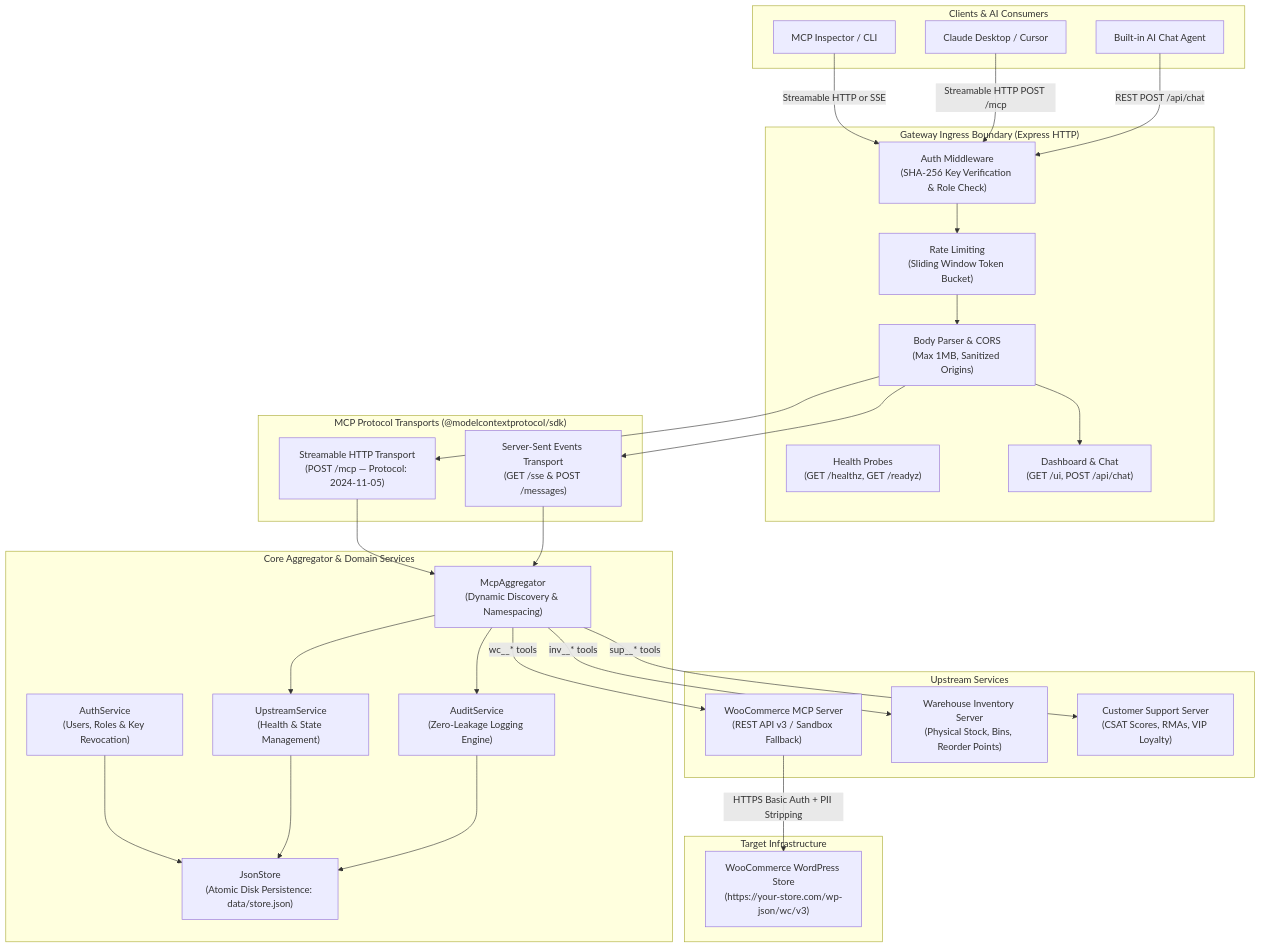
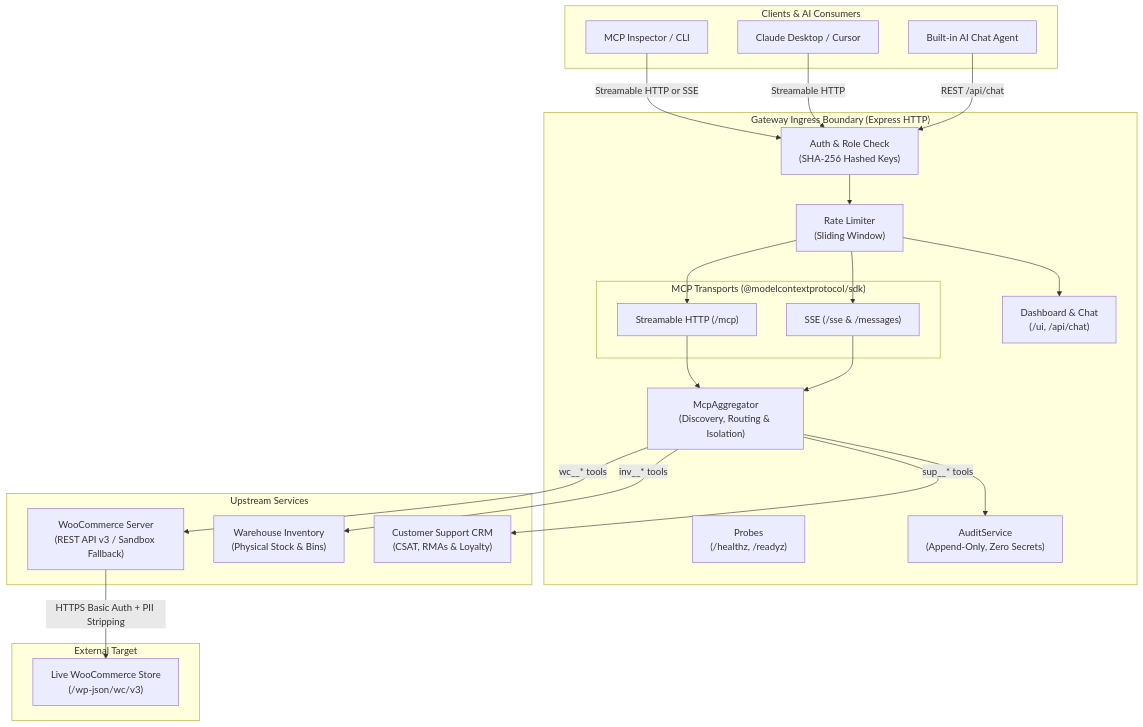
Before and after one commit to anusha975/woocommerce-mcp-gateway: the diagram in README.md, drawn with Mermaid. The commit also changed other lines of this file, not shown here.

````diff
--- a/README.md
+++ b/README.md
@@ -87,70 +56,45 @@
 ```mermaid
 graph TD
     subgraph Clients["Clients & AI Consumers"]
         Inspector["MCP Inspector / CLI"]
         Claude["Claude Desktop / Cursor"]
         Agent["Built-in AI Chat Agent"]
     end
 
-    subgraph Boundary["Gateway Ingress Boundary (Express HTTP)"]
-        AuthMiddleware["Auth Middleware\n(SHA-256 Key Verification & Role Check)"]
-        RateLimiter["Rate Limiting\n(Sliding Window Token Bucket)"]
-        BodyParser["Body Parser & CORS\n(Max 1MB, Sanitized Origins)"]
-        Probes["Health Probes\n(GET /healthz, GET /readyz)"]
-        UI["Dashboard & Chat\n(GET /ui, POST /api/chat)"]
-    end
+    subgraph Gateway["Gateway Ingress Boundary (Express HTTP)"]
+        Auth["Auth & Role Check\n(SHA-256 Hashed Keys)"]
+        RateLimit["Rate Limiter\n(Sliding Window)"]
+        Probes["Probes\n(/healthz, /readyz)"]
+        UI["Dashboard & Chat\n(/ui, /api/chat)"]
 
-    subgraph Transports["MCP Protocol Transports (@modelcontextprotocol/sdk)"]
-        StreamableTransport["Streamable HTTP Transport\n(POST /mcp — Protocol: 2024-11-05)"]
-        SSETransport["Server-Sent Events Transport\n(GET /sse & POST /messages)"]
-    end
+        subgraph Transports["MCP Transports (@modelcontextprotocol/sdk)"]
+            Streamable["Streamable HTTP (/mcp)"]
+            SSE["SSE (/sse & /messages)"]
+        end
 
-    subgraph Core["Core Aggregator & Domain Services"]
-        Aggregator["McpAggregator\n(Dynamic Discovery & Namespacing)"]
-        UpstreamService["UpstreamService\n(Health & State Management)"]
-        AuthService["AuthService\n(Users, Roles & Key Revocation)"]
-        AuditService["AuditService\n(Zero-Leakage Logging Engine)"]
-        JsonStore["JsonStore\n(Atomic Disk Persistence: data/store.json)"]
+        Aggregator["McpAggregator\n(Discovery, Routing & Isolation)"]
+        Audit["AuditService\n(Append-Only, Zero Secrets)"]
     end
 
     subgraph Upstreams["Upstream Services"]
-        WcServer["WooCommerce MCP Server\n(REST API v3 / Sandbox Fallback)"]
-        InvServer["Warehouse Inventory Server\n(Physical Stock, Bins, Reorder Points)"]
-        SupServer["Customer Support Server\n(CSAT Scores, RMAs, VIP Loyalty)"]
+        WcServer["WooCommerce Server\n(REST API v3 / Sandbox Fallback)"]
+        InvServer["Warehouse Inventory\n(Physical Stock & Bins)"]
+        SupServer["Customer Support CRM\n(CSAT, RMAs & Loyalty)"]
     end
 
-    subgraph ExternalStore["Target Infrastructure"]
-        LiveStore["WooCommerce WordPress Store\n(https://your-store.com/wp-json/wc/v3)"]
+    subgraph External["External Target"]
+        Store["Live WooCommerce Store\n(/wp-json/wc/v3)"]
     end
 
-    %% Client flows
-    Inspector -->|Streamable HTTP or SSE| AuthMiddleware
-    Claude -->|Streamable HTTP POST /mcp| AuthMiddleware
-    Agent -->|REST POST /api/chat| AuthMiddleware
-
-    %% Middleware pipeline
-    AuthMiddleware --> RateLimiter
-    RateLimiter --> BodyParser
-    BodyParser --> StreamableTransport
-    BodyParser --> SSETransport
-    BodyParser --> UI
-
-    %% Transport to Aggregator
-    StreamableTransport --> Aggregator
-    SSETransport --> Aggregator
-
-    %% Core Services interaction
-    Aggregator --> UpstreamService
-    Aggregator --> AuditService
-    AuthService --> JsonStore
-    UpstreamService --> JsonStore
-    AuditService --> JsonStore
-
-    %% Upstream dispatch
+    Inspector -->|Streamable HTTP or SSE| Auth
+    Claude -->|Streamable HTTP| Auth
+    Agent -->|REST /api/chat| Auth
+    Auth --> RateLimit
+    RateLimit --> Streamable & SSE & UI
+    Streamable & SSE --> Aggregator
+    Aggregator --> Audit
     Aggregator -->|wc__* tools| WcServer
     Aggregator -->|inv__* tools| InvServer
     Aggregator -->|sup__* tools| SupServer
-
-    %% External connection
-    WcServer -->|HTTPS Basic Auth + PII Stripping| LiveStore
+    WcServer -->|HTTPS Basic Auth + PII Stripping| Store
 ```
````
